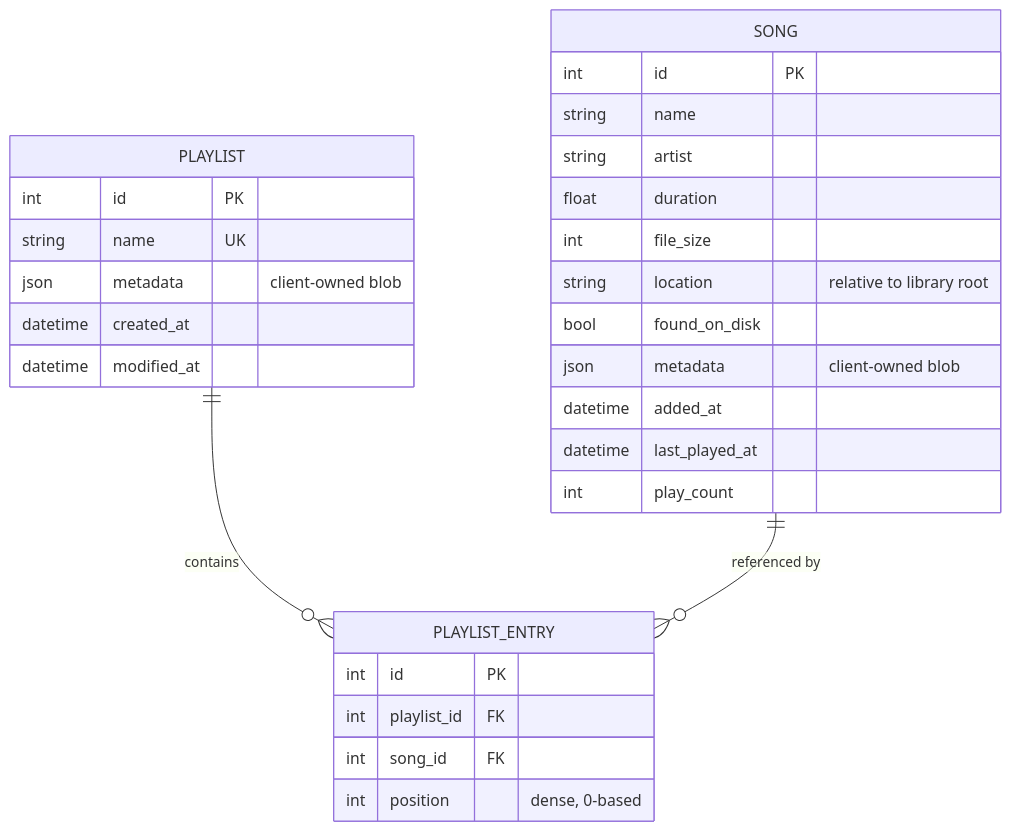
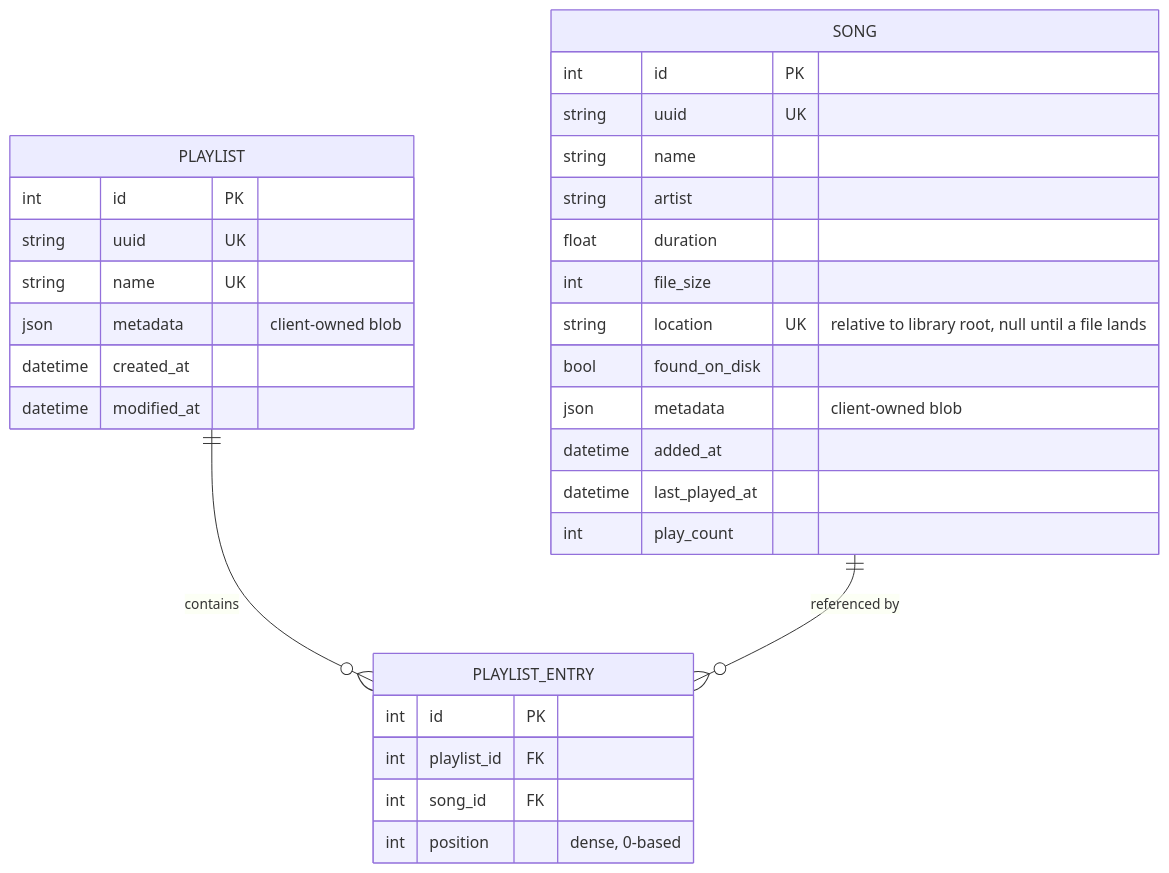
Before and after one commit to deltaqyto/DeltaMusic: the first of 2 diagrams in documents/core-data.md, drawn with Mermaid. The commit also changed other lines of this file and 43 other files, not shown here.

````diff
--- a/documents/core-data.md
+++ b/documents/core-data.md
@@ -5,31 +5,33 @@
 ```mermaid
 erDiagram
     SONG {
         int id PK
+        string uuid UK
         string name
         string artist
         float duration
         int file_size
-        string location "relative to library root"
+        string location UK "relative to library root, null until a file lands"
         bool found_on_disk
         json metadata "client-owned blob"
         datetime added_at
         datetime last_played_at
         int play_count
     }
     PLAYLIST {
         int id PK
+        string uuid UK
         string name UK
         json metadata "client-owned blob"
         datetime created_at
         datetime modified_at
     }
     PLAYLIST_ENTRY {
         int id PK
         int playlist_id FK
         int song_id FK
         int position "dense, 0-based"
     }
     PLAYLIST ||--o{ PLAYLIST_ENTRY : contains
     SONG ||--o{ PLAYLIST_ENTRY : "referenced by"
 ```
````
